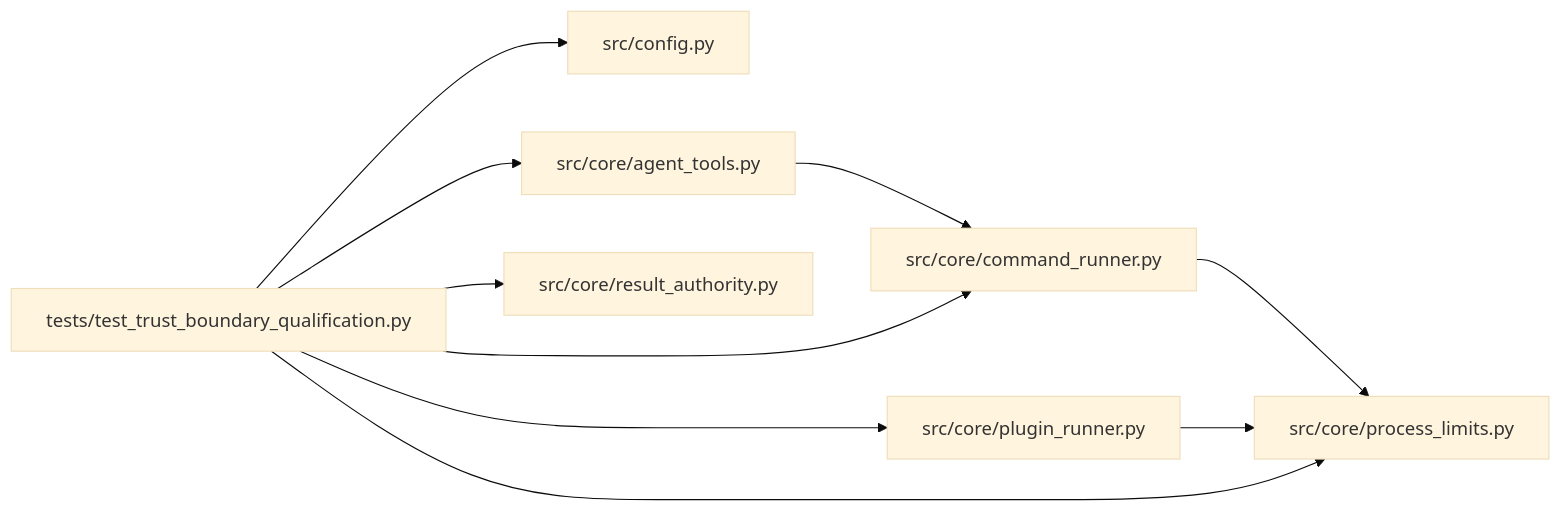
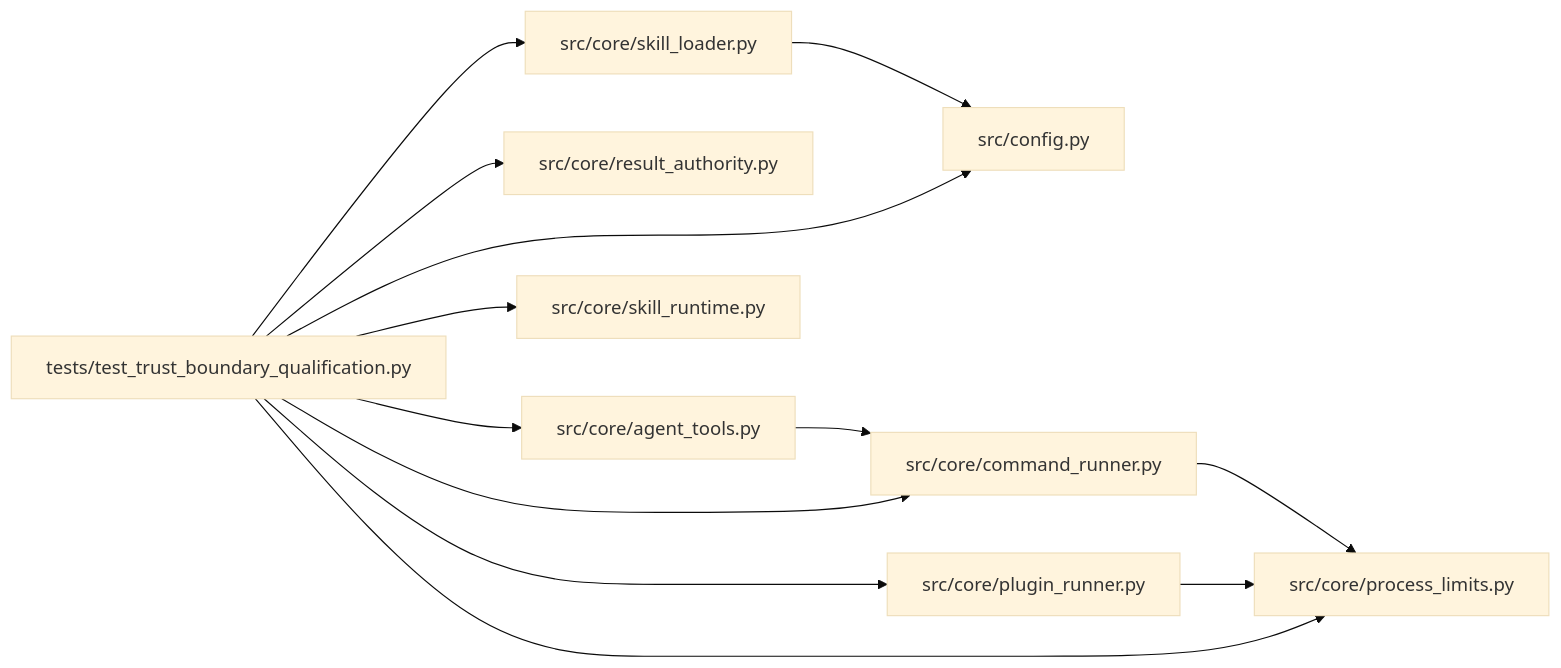
One commit to Denissvgn/autoresearch-agent changed the diagram in docs/llm_wiki/modules/test_trust_boundary_qualification.md. Above: the diagram before and after it, drawn with Mermaid (base theme). The commit also changed other lines of this file and 38 other files, not shown here.

````diff
--- a/docs/llm_wiki/modules/test_trust_boundary_qualification.md
+++ b/docs/llm_wiki/modules/test_trust_boundary_qualification.md
@@ -46,26 +49,33 @@
 ```mermaid
 flowchart LR
     n0["src/config.py"]
     n1["src/core/agent_tools.py"]
     n2["src/core/command_runner.py"]
     n3["src/core/plugin_runner.py"]
     n4["src/core/process_limits.py"]
     n5["src/core/result_authority.py"]
-    n6["tests/test_trust_boundary_qualification.py"]
+    n6["src/core/skill_loader.py"]
+    n7["src/core/skill_runtime.py"]
+    n8["tests/test_trust_boundary_qualification.py"]
     n1 --> n2
     n2 --> n4
     n3 --> n4
     n6 --> n0
-    n6 --> n1
-    n6 --> n2
-    n6 --> n3
-    n6 --> n4
-    n6 --> n5
+    n8 --> n0
+    n8 --> n1
+    n8 --> n2
+    n8 --> n3
+    n8 --> n4
+    n8 --> n5
+    n8 --> n6
+    n8 --> n7
     click n0 "../modules/config.md"
     click n1 "../modules/agent_tools.md"
     click n2 "../modules/command_runner.md"
     click n3 "../modules/plugin_runner.md"
     click n4 "../modules/process_limits.md"
     click n5 "../modules/result_authority.md"
-    click n6 "../modules/test_trust_boundary_qualification.md"
+    click n6 "../modules/skill_loader.md"
+    click n7 "../modules/skill_runtime.md"
+    click n8 "../modules/test_trust_boundary_qualification.md"
 ```
````
